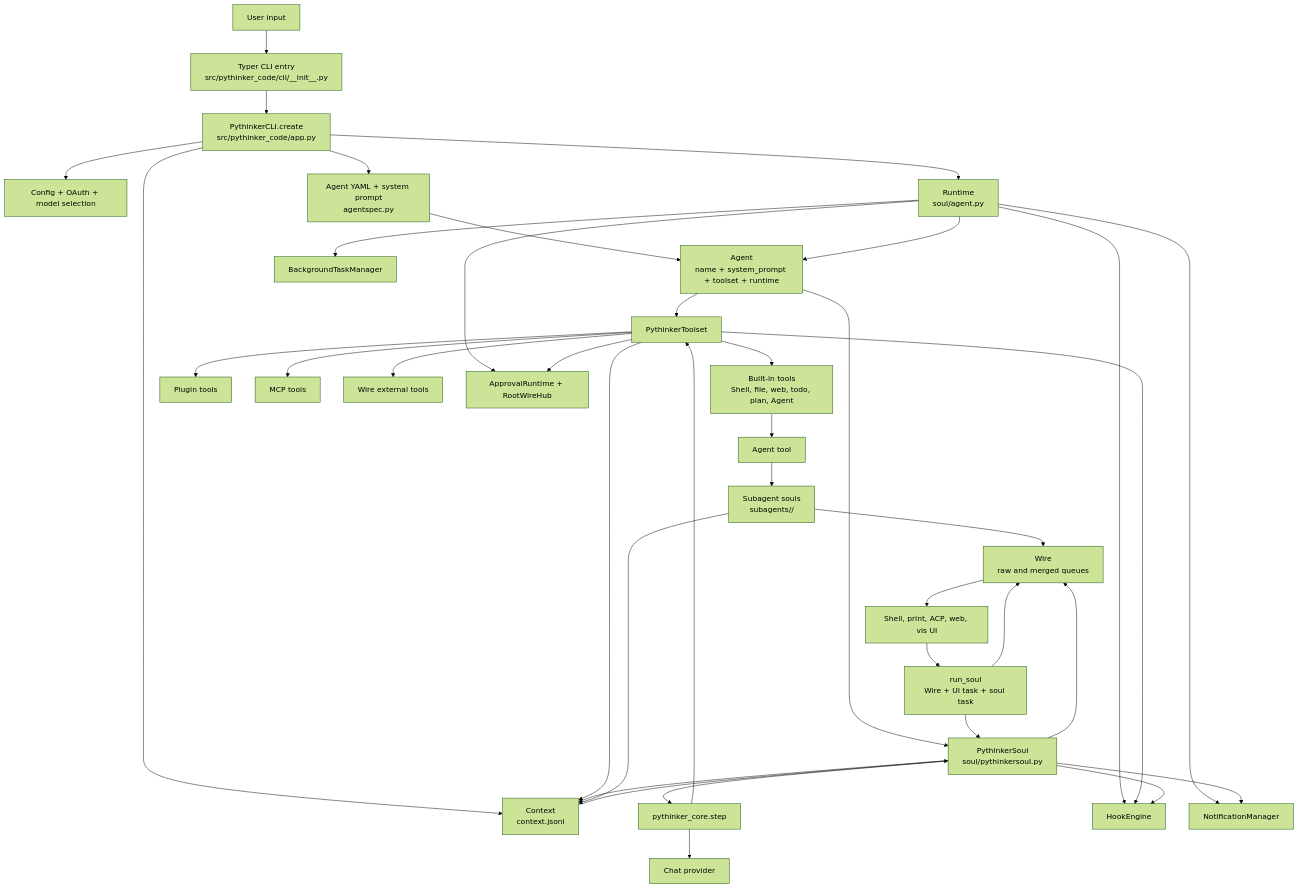
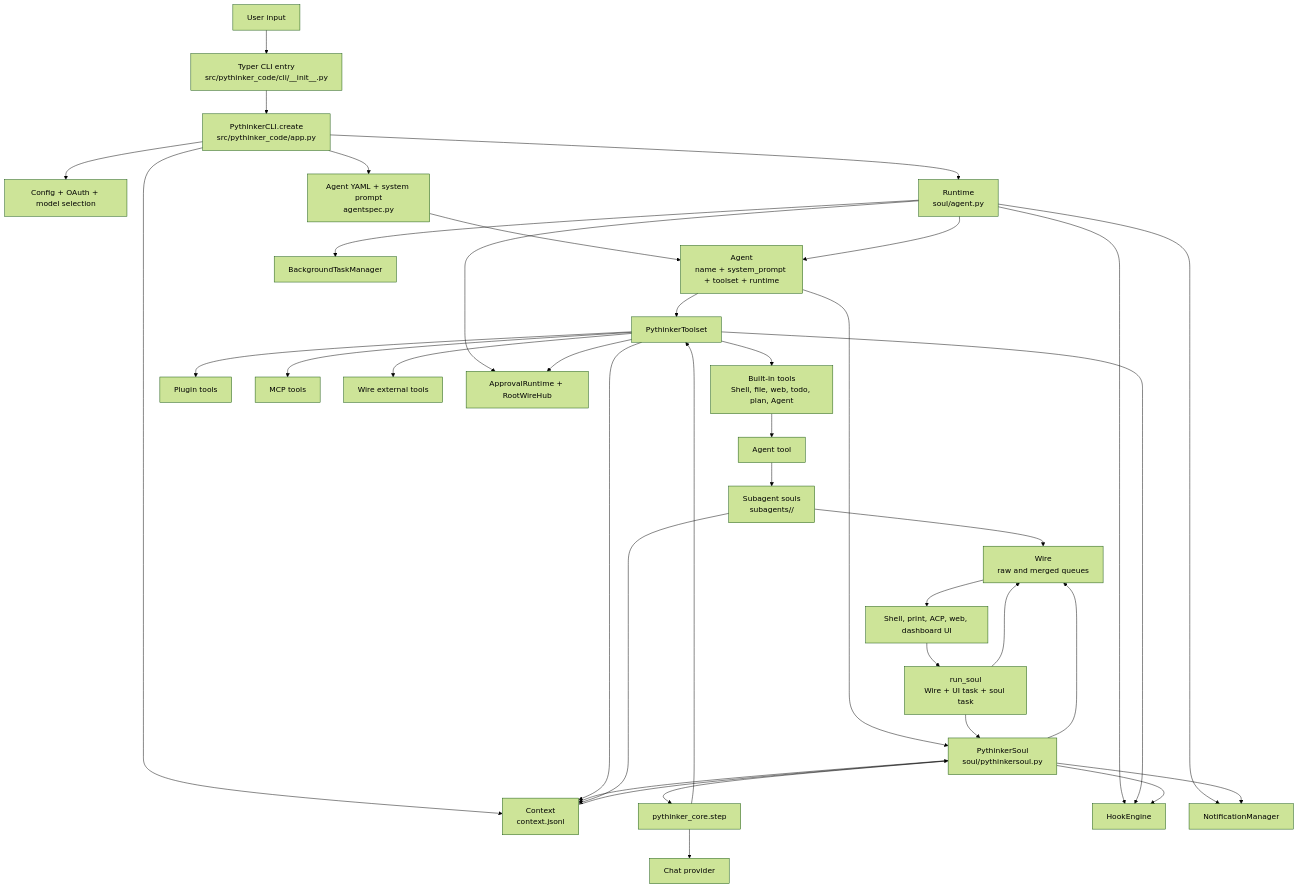
Before and after one commit to Pythoughts-labs/pythinker-code: the first of 6 diagrams in docs/en/customization/agent-architecture.md, drawn with Mermaid (forest theme). The commit also changed other lines of this file and 11 other files, not shown here.

````diff
--- a/docs/en/customization/agent-architecture.md
+++ b/docs/en/customization/agent-architecture.md
@@ -25,64 +25,64 @@
 ```mermaid
 flowchart TB
   User[User input]
   CLI[Typer CLI entry\nsrc/pythinker_code/cli/__init__.py]
   App[PythinkerCLI.create\nsrc/pythinker_code/app.py]
   Config[Config + OAuth + model selection]
   Runtime[Runtime\nsoul/agent.py]
   AgentSpec[Agent YAML + system prompt\nagentspec.py]
   Agent[Agent\nname + system_prompt + toolset + runtime]
   Context[Context\ncontext.jsonl]
   Soul[PythinkerSoul\nsoul/pythinkersoul.py]
   RunSoul[run_soul\nWire + UI task + soul task]
   Wire[Wire\nraw and merged queues]
-  UI[Shell, print, ACP, web, vis UI]
+  UI[Shell, print, ACP, web, dashboard UI]
   Core[pythinker_core.step]
   LLM[Chat provider]
   Toolset[PythinkerToolset]
   Tools[Built-in tools\nShell, file, web, todo, plan, Agent]
   Plugins[Plugin tools]
   MCP[MCP tools]
   External[Wire external tools]
   Hooks[HookEngine]
   Approval[ApprovalRuntime + RootWireHub]
   Notifications[NotificationManager]
   Background[BackgroundTaskManager]
   SubagentTool[Agent tool]
   Subagents[Subagent souls\nsubagents/<agent_id>/]
 
   User --> CLI --> App
   App --> Config
   App --> Runtime
   Runtime --> Approval
   Runtime --> Notifications
   Runtime --> Background
   Runtime --> Hooks
   App --> AgentSpec --> Agent
   Runtime --> Agent
   Agent --> Toolset
   Toolset --> Tools
   Toolset --> Plugins
   Toolset --> MCP
   Toolset --> External
   App --> Context
   Agent --> Soul
   Context --> Soul
   UI --> RunSoul
   RunSoul --> Wire
   RunSoul --> Soul
   Soul --> Wire
   Wire --> UI
   Soul --> Core
   Core --> LLM
   Core --> Toolset
   Toolset --> Hooks
   Toolset --> Approval
   Toolset --> Context
   Soul --> Notifications
   Soul --> Hooks
   Soul --> Context
   Tools --> SubagentTool
   SubagentTool --> Subagents
   Subagents --> Wire
   Subagents --> Context
 ```
````
